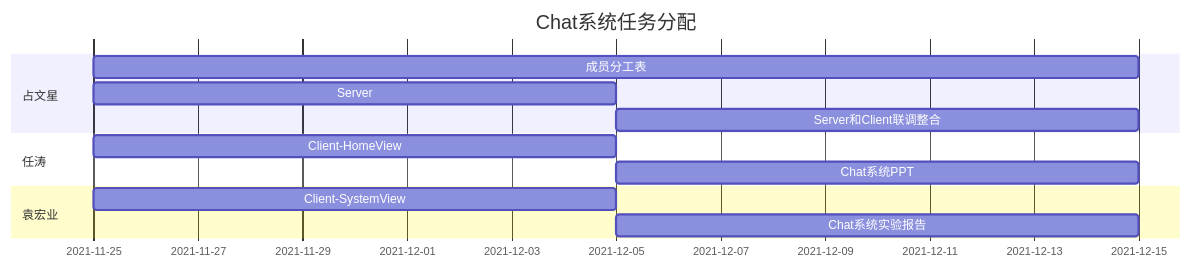
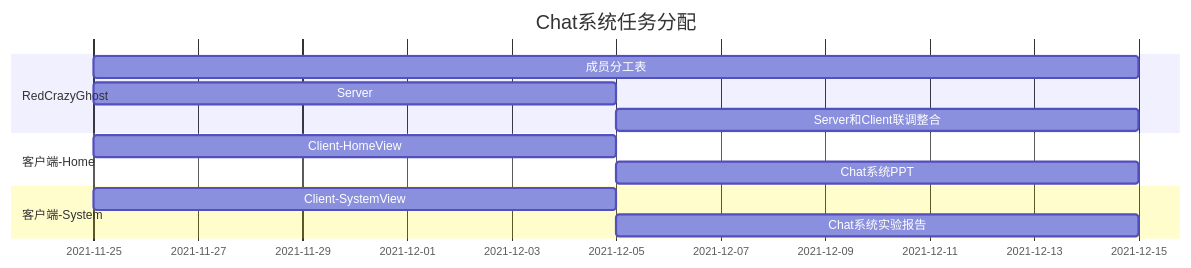
The first of 7 diagrams in MarkDown/Chat系统人员分工.md (RedCrazyGhost/CDN), drawn with Mermaid before and after one commit. The commit also changed other lines of this file and 1 other file, not shown here.

````diff
--- a/MarkDown/Chat系统人员分工.md
+++ b/MarkDown/Chat系统人员分工.md
@@ -5,15 +5,15 @@
 ```mermaid
 gantt
     title Chat系统任务分配
     dateFormat  YYYY-MM-DD
-    section 占文星
+    section RedCrazyGhost
     成员分工表 :work,2021-11-25,20d
     Server   :Server,2021-11-25,10d
     Server和Client联调整合 :after Server,10d
-    section 任涛
+    section 客户端-Home
     Client-HomeView :HomeView,2021-11-25,10d
     Chat系统PPT :after HomeView,10d
-    section 袁宏业
+    section 客户端-System
     Client-SystemView :SystemView,2021-11-25,10d
     Chat系统实验报告 :after SystemView,10d
 ```
````
